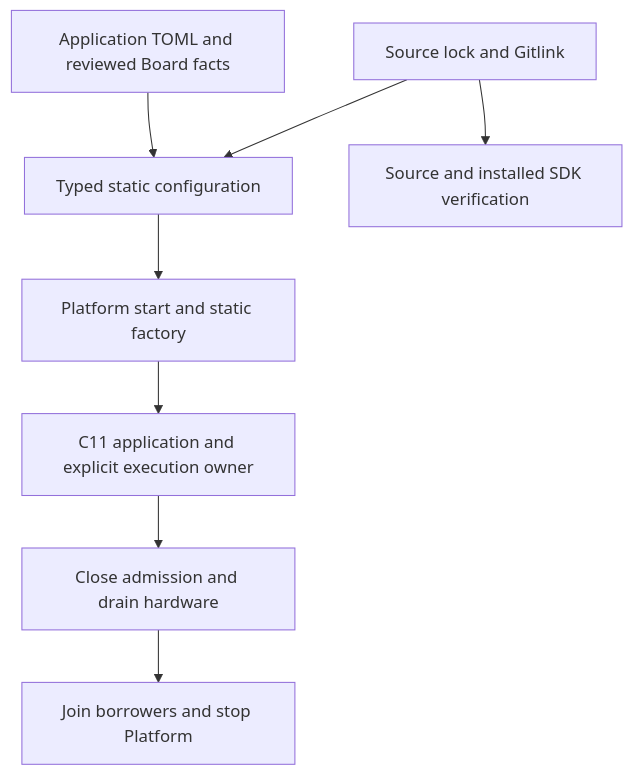
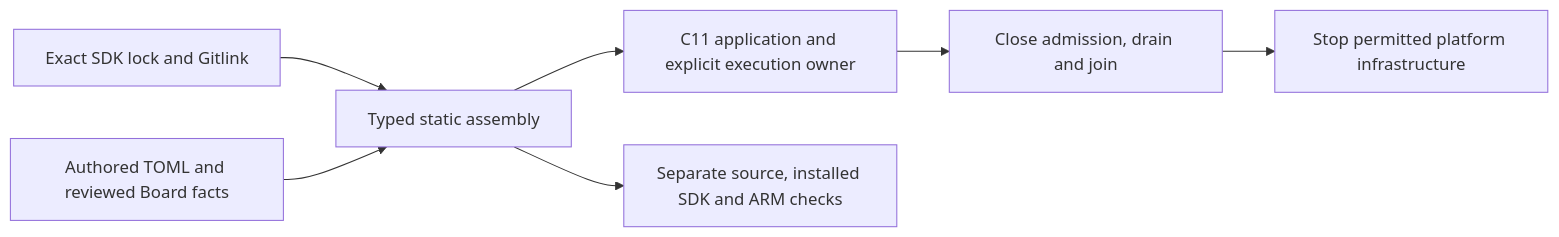
The diagram in README.md (X-Gen-Lab/nexus-examples), drawn with Mermaid before and after one commit. The commit also changed other lines of this file and 419 other files, not shown here.

````diff
--- a/README.md
+++ b/README.md
@@ -19,10 +24,9 @@
 ```mermaid
-flowchart TD
-    A[Application TOML and reviewed Board facts] --> B[Typed static configuration]
-    B --> C[Platform start and static factory]
-    C --> D[C11 application and explicit execution owner]
-    D --> E[Close admission and drain hardware]
-    E --> F[Join borrowers and stop Platform]
-    G[Source lock and Gitlink] --> B
-    G --> H[Source and installed SDK verification]
+flowchart LR
+    S[Exact SDK lock and Gitlink] --> G[Typed static assembly]
+    C[Authored TOML and reviewed Board facts] --> G
+    G --> A[C11 application and explicit execution owner]
+    A --> D[Close admission, drain and join]
+    D --> P[Stop permitted platform infrastructure]
+    G --> V[Separate source, installed SDK and ARM checks]
 ```
````
